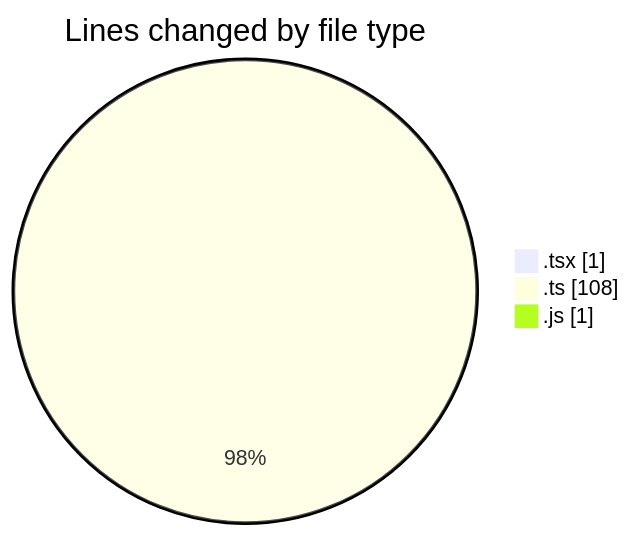
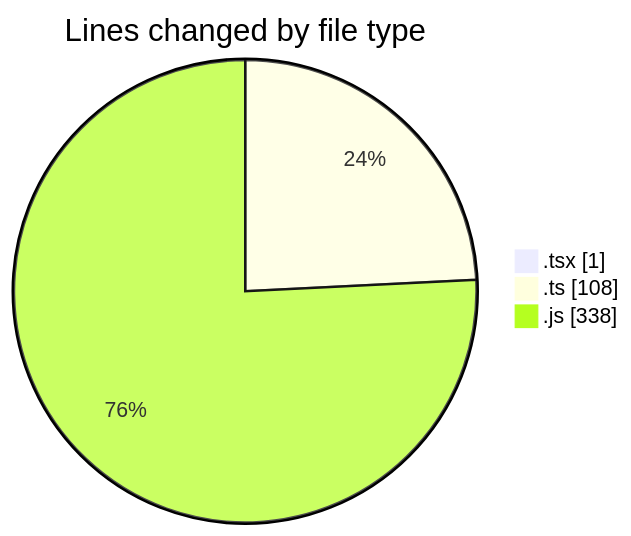
One commit to momahboobian/code-tracking changed the first of 2 diagrams in 2025-12-17/cda/README.md. Above: the diagram before and after it, drawn with Mermaid. The commit also changed other lines of this file and 1 other file, not shown here.

````diff
--- a/2025-12-17/cda/README.md
+++ b/2025-12-17/cda/README.md
@@ -24,7 +25,7 @@
 ```mermaid
 pie showData
 title Lines changed by file type
 ".tsx" : 1
 ".ts" : 108
-".js" : 1
+".js" : 338
 ```
````
